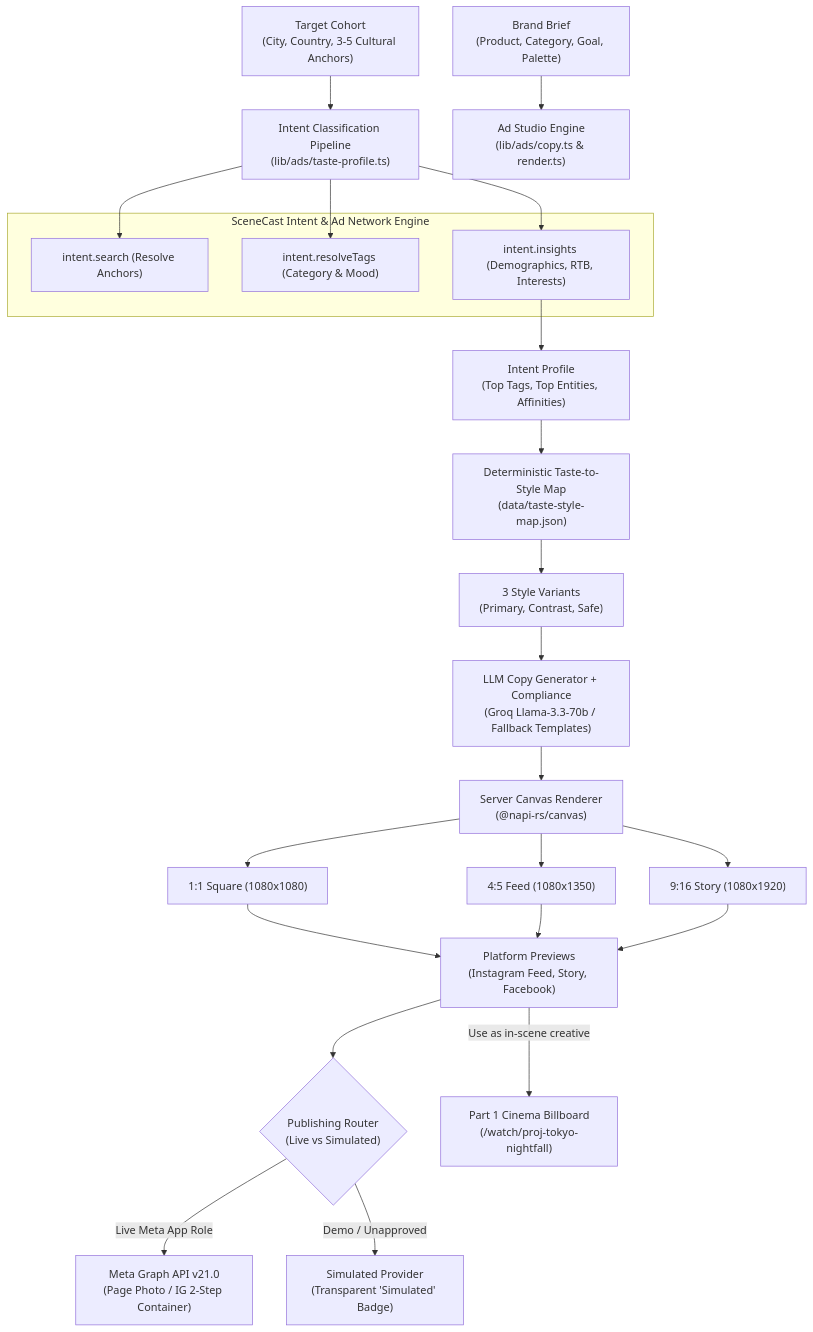
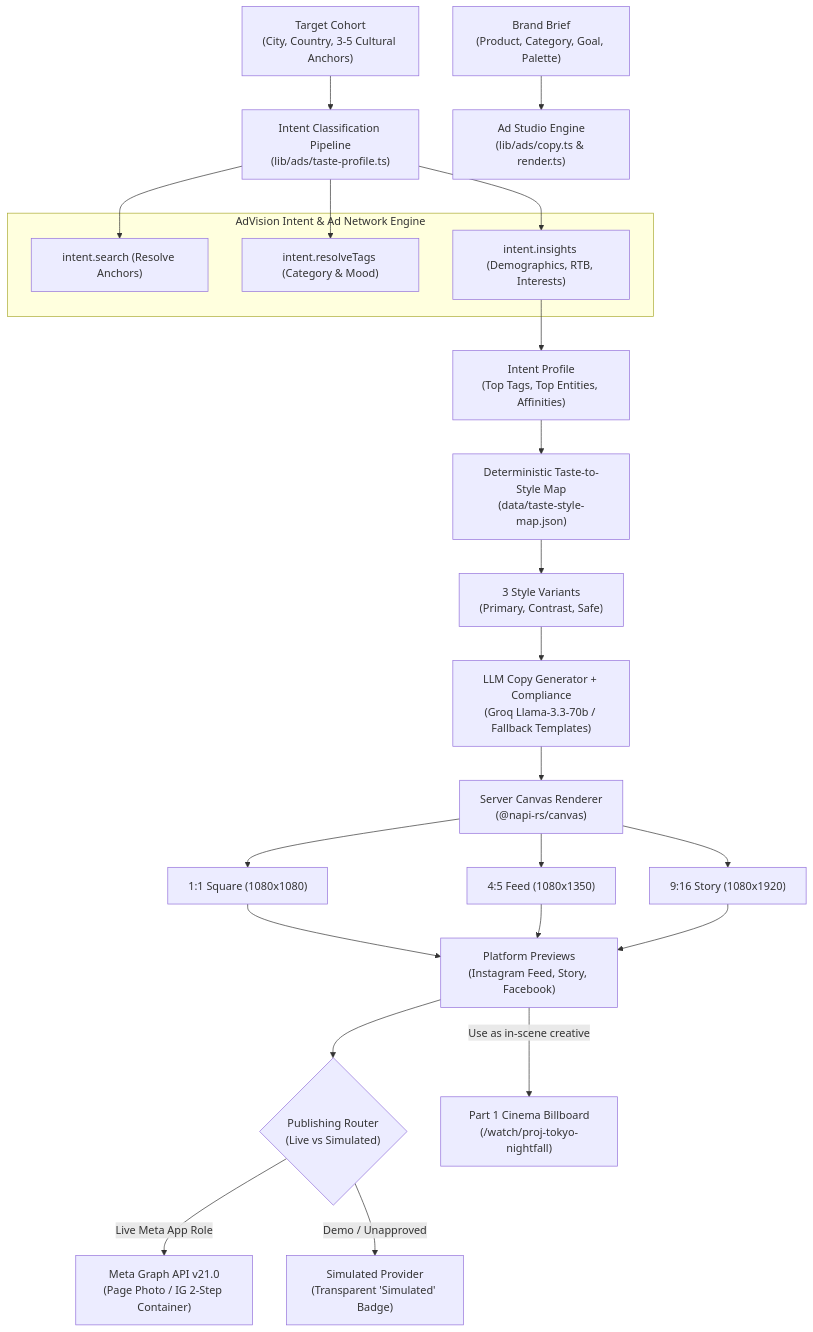
The second of 2 diagrams in README.md (Nandanhs006/AdVision), drawn with Mermaid before and after one commit. The commit also changed other lines of this file and 19 other files, not shown here.

````diff
--- a/README.md
+++ b/README.md
@@ -198,36 +198,36 @@
 ```mermaid
 flowchart TD
     Cohort["Target Cohort\n(City, Country, 3-5 Cultural Anchors)"] --> TastePipeline["Intent Classification Pipeline\n(lib/ads/taste-profile.ts)"]
     Brief["Brand Brief\n(Product, Category, Goal, Palette)"] --> Studio["Ad Studio Engine\n(lib/ads/copy.ts & render.ts)"]
 
-    subgraph IntentEngine ["SceneCast Intent & Ad Network Engine"]
+    subgraph IntentEngine ["AdVision Intent & Ad Network Engine"]
         QSearch["intent.search (Resolve Anchors)"]
         QTags["intent.resolveTags (Category & Mood)"]
         QInsights["intent.insights (Demographics, RTB, Interests)"]
     end
 
     TastePipeline --> QSearch
     TastePipeline --> QTags
     TastePipeline --> QInsights
 
     QInsights --> Profile["Intent Profile\n(Top Tags, Top Entities, Affinities)"]
     Profile --> TasteToStyle["Deterministic Taste-to-Style Map\n(data/taste-style-map.json)"]
     
     TasteToStyle --> Tokens["3 Style Variants\n(Primary, Contrast, Safe)"]
     Tokens --> CopyGen["LLM Copy Generator + Compliance\n(Groq Llama-3.3-70b / Fallback Templates)"]
     CopyGen --> RenderCanvas["Server Canvas Renderer\n(@napi-rs/canvas)"]
 
     RenderCanvas --> Aspect1["1:1 Square (1080x1080)"]
     RenderCanvas --> Aspect2["4:5 Feed (1080x1350)"]
     RenderCanvas --> Aspect3["9:16 Story (1080x1920)"]
 
     Aspect1 --> Previews["Platform Previews\n(Instagram Feed, Story, Facebook)"]
     Aspect2 --> Previews
     Aspect3 --> Previews
 
     Previews --> MetaConnect{"Publishing Router\n(Live vs Simulated)"}
     MetaConnect -->|Live Meta App Role| MetaGraph["Meta Graph API v21.0\n(Page Photo / IG 2-Step Container)"]
     MetaConnect -->|Demo / Unapproved| Simulated["Simulated Provider\n(Transparent 'Simulated' Badge)"]
 
     Previews -->|Use as in-scene creative| InScene["Part 1 Cinema Billboard\n(/watch/proj-tokyo-nightfall)"]
 ```
````
